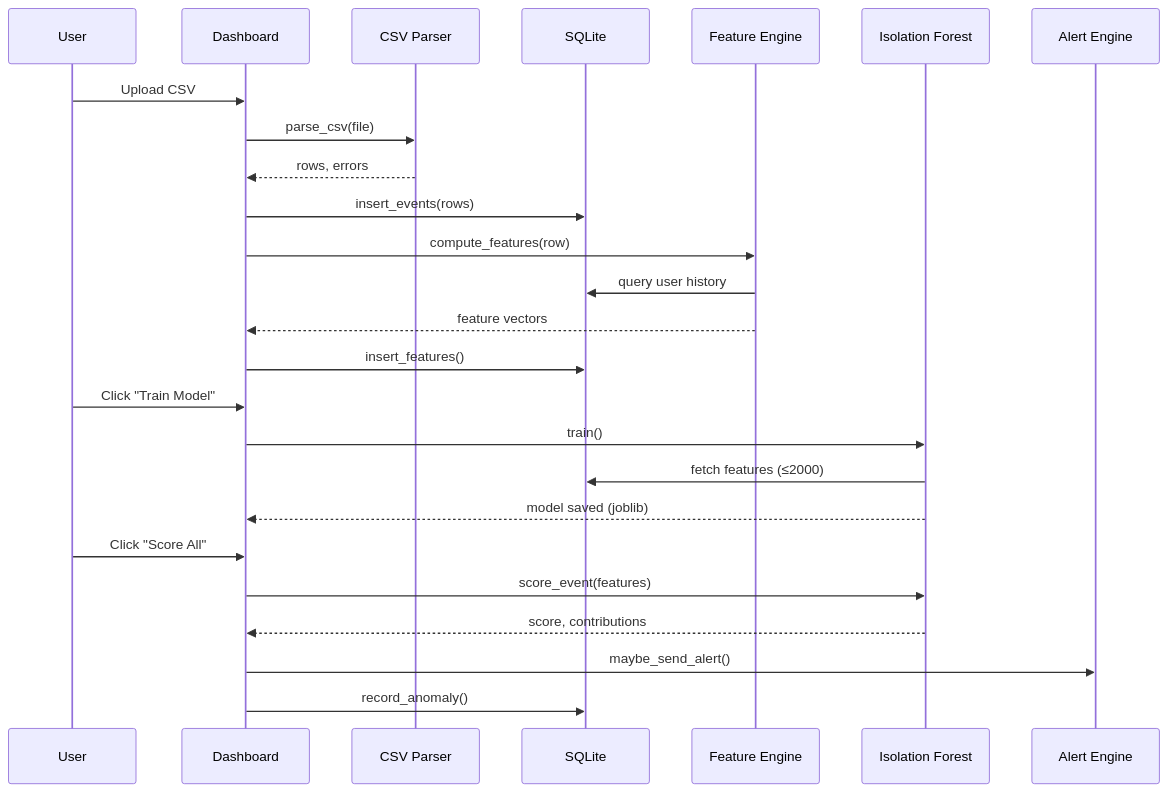
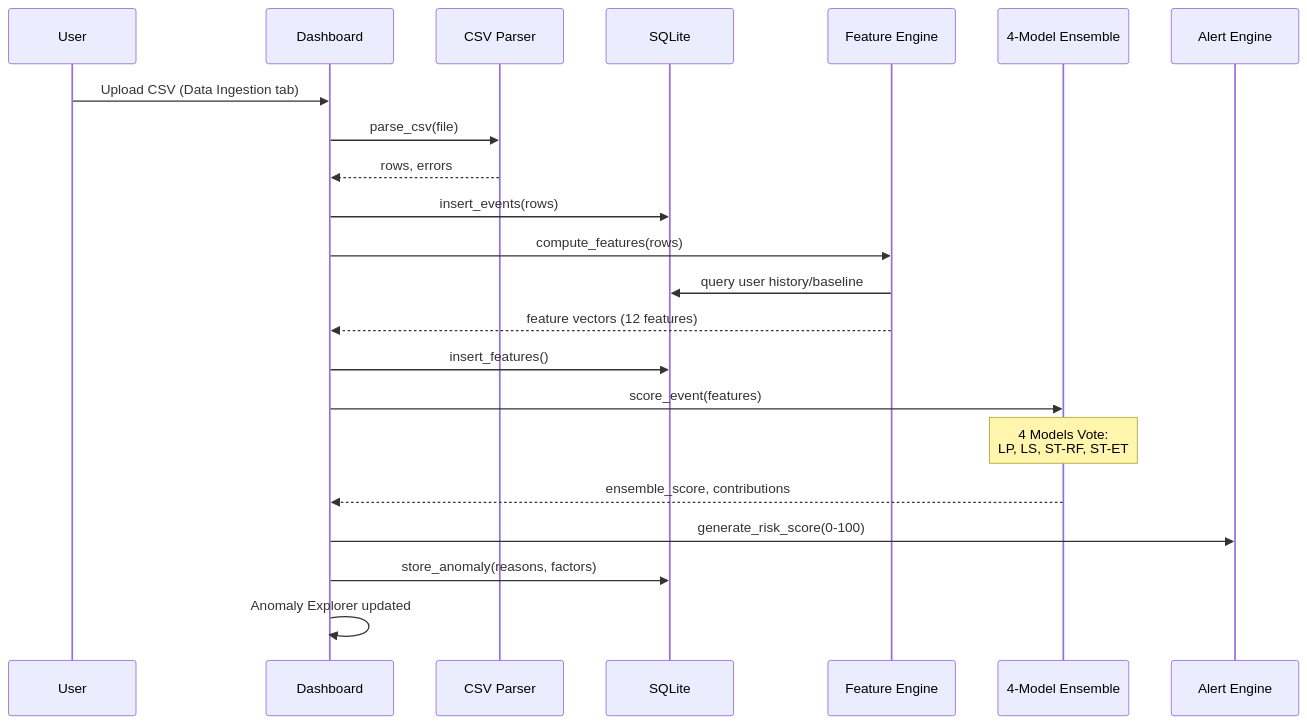
One commit to abhijitkar10/seminarr changed the second of 2 diagrams in docs/architecture.md. Above: the diagram before and after it, drawn with Mermaid. The commit also changed other lines of this file and 29 other files, not shown here.

````diff
--- a/docs/architecture.md
+++ b/docs/architecture.md
@@ -38,28 +38,25 @@
 ```mermaid
 sequenceDiagram
     participant U as User
     participant D as Dashboard
     participant P as CSV Parser
     participant DB as SQLite
     participant F as Feature Engine
-    participant ML as Isolation Forest
+    participant ML as 4-Model Ensemble
     participant A as Alert Engine
 
-    U->>D: Upload CSV
+    U->>D: Upload CSV (Data Ingestion tab)
     D->>P: parse_csv(file)
     P-->>D: rows, errors
     D->>DB: insert_events(rows)
-    D->>F: compute_features(row)
-    F->>DB: query user history
-    F-->>D: feature vectors
+    D->>F: compute_features(rows)
+    F->>DB: query user history/baseline
+    F-->>D: feature vectors (12 features)
     D->>DB: insert_features()
-    U->>D: Click "Train Model"
-    D->>ML: train()
-    ML->>DB: fetch features (≤2000)
-    ML-->>D: model saved (joblib)
-    U->>D: Click "Score All"
     D->>ML: score_event(features)
-    ML-->>D: score, contributions
-    D->>A: maybe_send_alert()
-    D->>DB: record_anomaly()
+    Note over ML: 4 Models Vote:<br/>LP, LS, ST-RF, ST-ET
+    ML-->>D: ensemble_score, contributions
+    D->>A: generate_risk_score(0-100)
+    D->>DB: store_anomaly(reasons, factors)
+    D->>D: Anomaly Explorer updated
 ```
````
